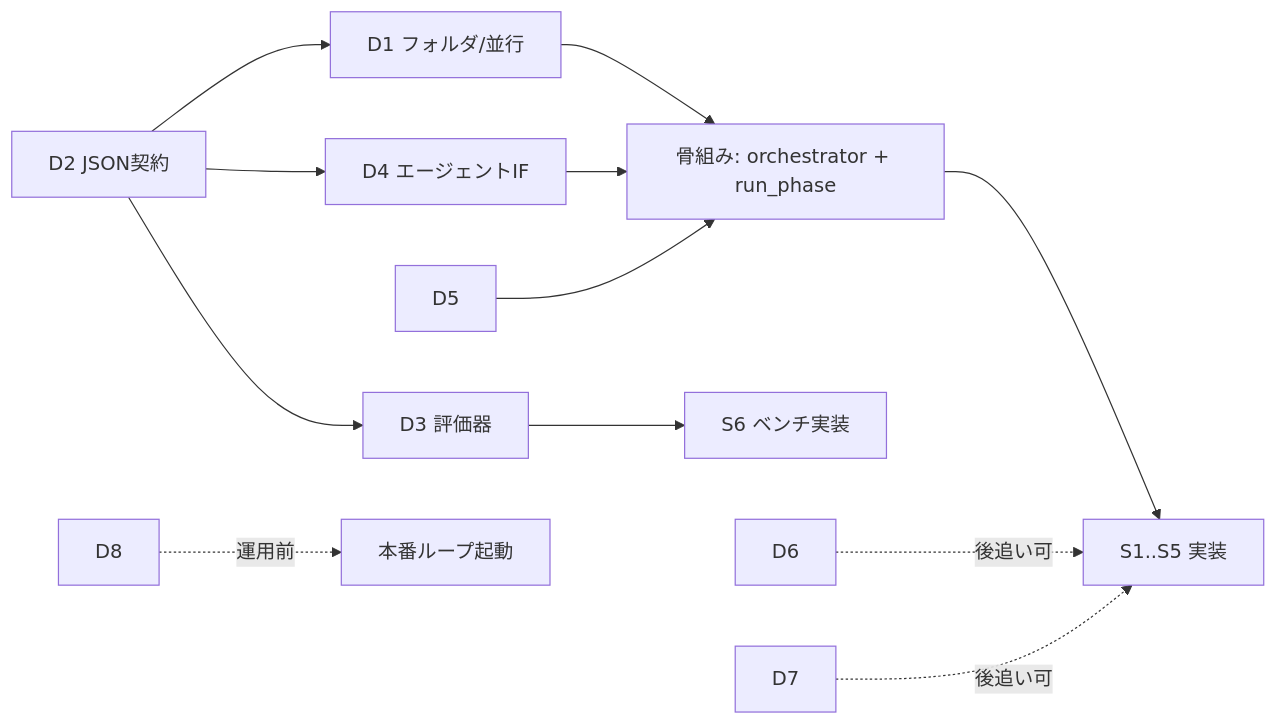
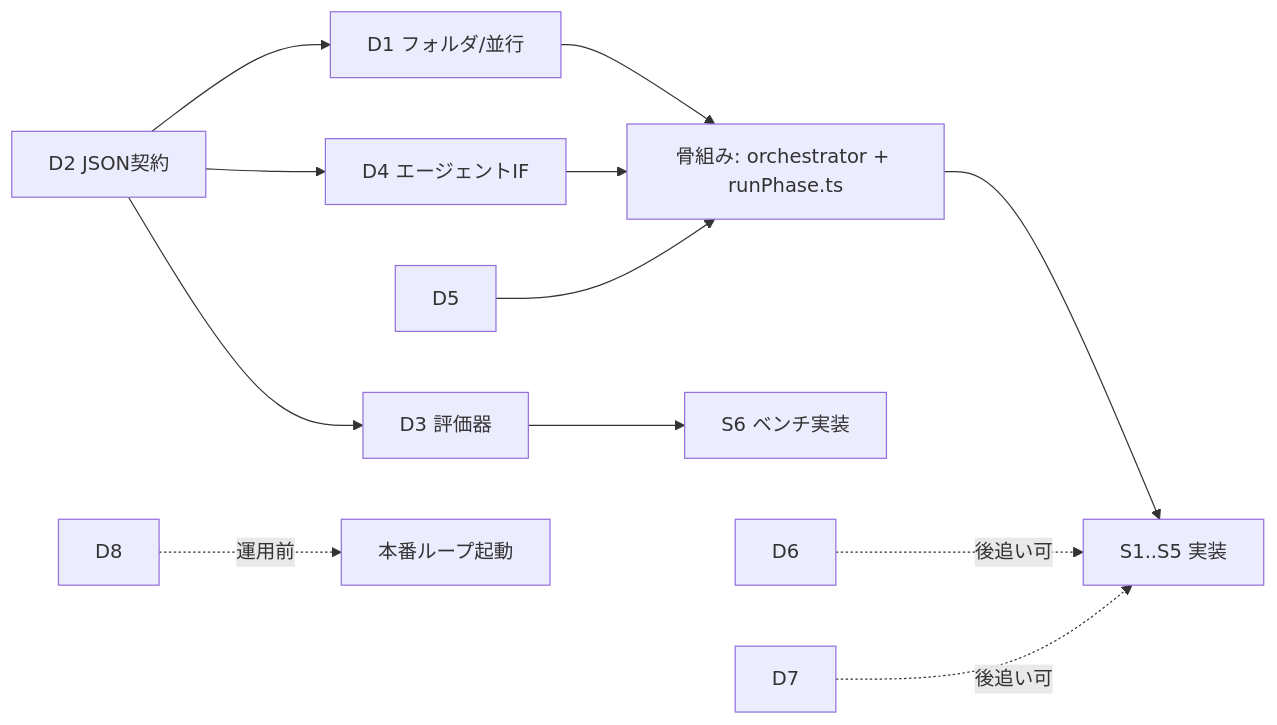
The diagram in docs/decisions.md (hirorogo/Taikai-killer), drawn with Mermaid before and after one commit. The commit also changed other lines of this file and 8 other files, not shown here.

````diff
--- a/docs/decisions.md
+++ b/docs/decisions.md
@@ -118,14 +119,14 @@
 ```mermaid
 flowchart LR
   D2[D2 JSON契約] --> D1[D1 フォルダ/並行]
   D2 --> D4[D4 エージェントIF]
   D2 --> D3[D3 評価器]
-  D1 --> SKEL[骨組み: orchestrator + run_phase]
+  D1 --> SKEL[骨組み: orchestrator + runPhase.ts]
   D4 --> SKEL
   D3 --> S6IMPL[S6 ベンチ実装]
   SKEL --> S1IMPL[S1..S5 実装]
   D5 --> SKEL
   D6 -.後追い可.-> S1IMPL
   D7 -.後追い可.-> S1IMPL
   D8 -.運用前.-> RUN[本番ループ起動]
 ```
````
